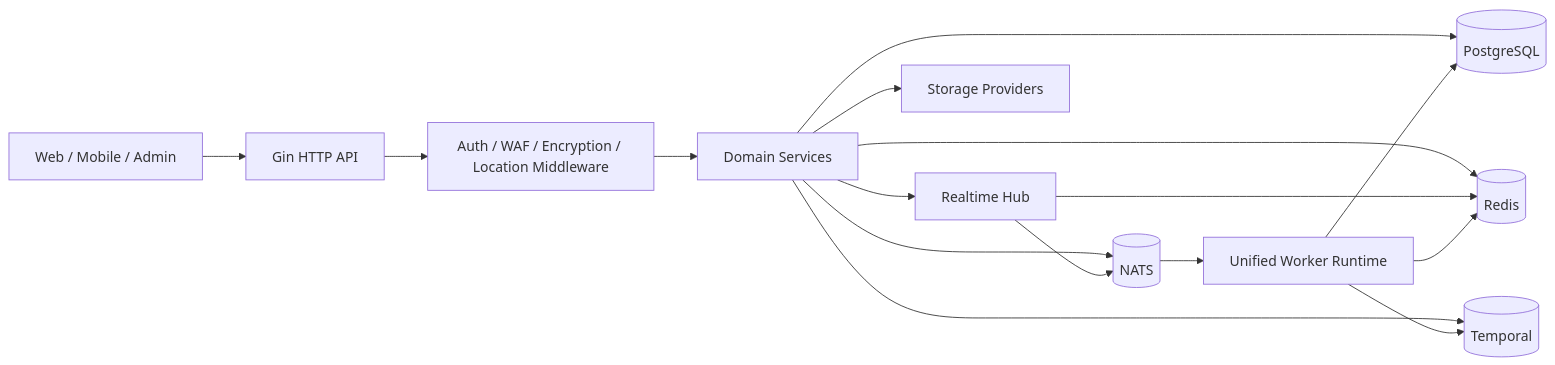
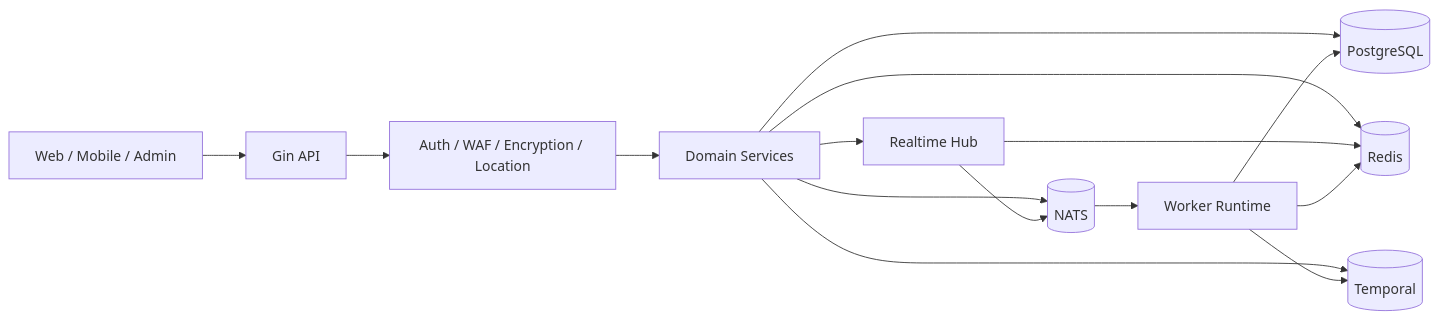
The diagram in README.ja.md (MiChongs/aegis), drawn with Mermaid before and after one commit. The commit also changed other lines of this file and 2 other files, not shown here.

````diff
--- a/README.ja.md
+++ b/README.ja.md
@@ -87,30 +46,28 @@
 ```mermaid
 flowchart LR
     Client[Web / Mobile / Admin]
-    API[Gin HTTP API]
-    Mid[Auth / WAF / Encryption / Location Middleware]
+    API[Gin API]
+    Mid[Auth / WAF / Encryption / Location]
     Services[Domain Services]
     Realtime[Realtime Hub]
-    Worker[Unified Worker Runtime]
+    Worker[Worker Runtime]
     PG[(PostgreSQL)]
     Redis[(Redis)]
     NATS[(NATS)]
     Temporal[(Temporal)]
-    OSS[Storage Providers]
 
     Client --> API
     API --> Mid
     Mid --> Services
     Services --> PG
     Services --> Redis
     Services --> NATS
     Services --> Temporal
-    Services --> OSS
     Services --> Realtime
     Realtime --> Redis
     Realtime --> NATS
     NATS --> Worker
     Worker --> PG
     Worker --> Redis
     Worker --> Temporal
 ```
````
